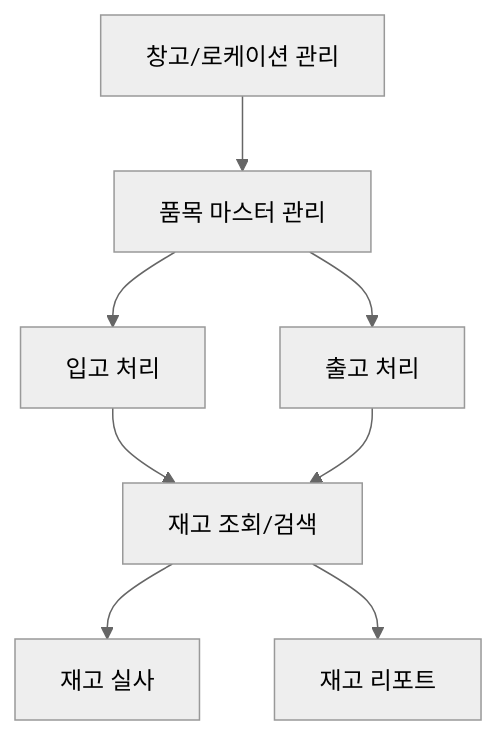
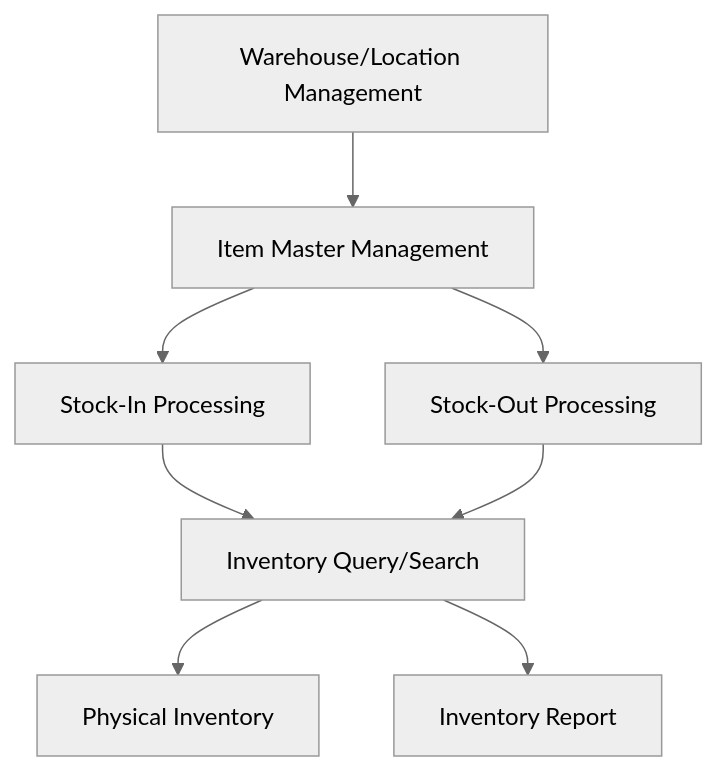
One commit to ftrskuk/chisan-platform changed the second of 2 diagrams in docs/03-modules/inventory.md. Above: the diagram before and after it, drawn with Mermaid (neutral theme). The commit also changed other lines of this file and 36 other files, not shown here.

````diff
--- a/docs/03-modules/inventory.md
+++ b/docs/03-modules/inventory.md
@@ -40,10 +44,10 @@
 ```mermaid
 graph TD
-    F1[창고/로케이션 관리] --> F2[품목 마스터 관리]
-    F2 --> F3[입고 처리]
-    F2 --> F4[출고 처리]
-    F3 --> F5[재고 조회/검색]
+    F1[Warehouse/Location Management] --> F2[Item Master Management]
+    F2 --> F3[Stock-In Processing]
+    F2 --> F4[Stock-Out Processing]
+    F3 --> F5[Inventory Query/Search]
     F4 --> F5
-    F5 --> F6[재고 실사]
-    F5 --> F7[재고 리포트]
+    F5 --> F6[Physical Inventory]
+    F5 --> F7[Inventory Report]
 ```
````
